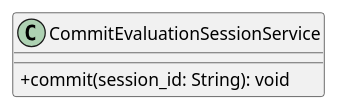
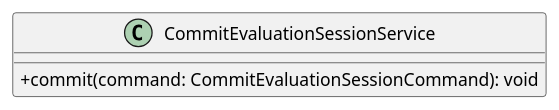
One commit to GroupRubberDuck/Documentazione changed the diagram in src/PB/DocumentazioneEsterna/Specifica_Tecnica/content/uml/puml/Diagrammi_classi/Backend/ApplicationServices/CommitEvaluationSessionService.puml. Above: the diagram before and after it, drawn with PlantUML. The commit also changed 45 other files, not shown here.

```diff
--- a/src/PB/DocumentazioneEsterna/Specifica_Tecnica/content/uml/puml/Diagrammi_classi/Backend/ApplicationServices/CommitEvaluationSessionService.puml
+++ b/src/PB/DocumentazioneEsterna/Specifica_Tecnica/content/uml/puml/Diagrammi_classi/Backend/ApplicationServices/CommitEvaluationSessionService.puml
@@ -1,7 +1,6 @@
 @startuml CommitEvaluationSessionService
 skinparam classAttributeIconSize 0
 class CommitEvaluationSessionService {
-    + commit(session_id: String): void
+    + commit(command: CommitEvaluationSessionCommand): void
 }
-
 @enduml
```
